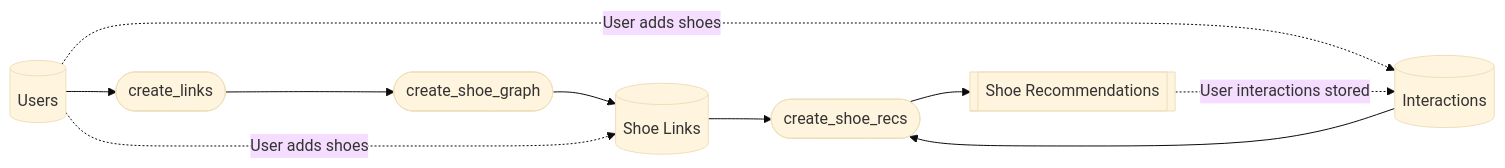
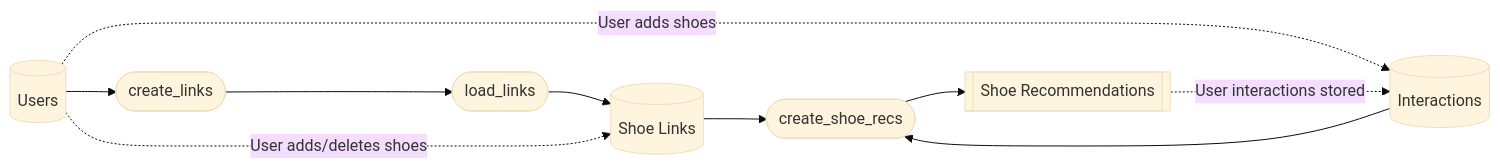
One commit to zmwm37/shoe-db changed the first of 2 diagrams in README.md. Above: the diagram before and after it, drawn with Mermaid (base theme). The commit also changed other lines of this file and 2 other files, not shown here.

Commit message:
add methods to add/delete recrods from shoe_link table

````diff
--- a/README.md
+++ b/README.md
@@ -6,14 +6,14 @@
 ```mermaid
 flowchart LR
 db1[(Users)] --> py1([create_links])
-py1 --> py2([create_shoe_graph])
+py1 --> py2([load_links])
 py2 --> db2[(Shoe Links)]
 db2 --> py3([create_shoe_recs])
 py3 --> json1[[Shoe Recommendations]]
 
 
-db1 -. User adds shoes .-> db2
+db1 -. User adds/deletes shoes .-> db2
 db1 -. User adds shoes .-> db3[(Interactions)]
 json1 -. User interactions stored .-> db3
 db3 --> py3
 ```
````
